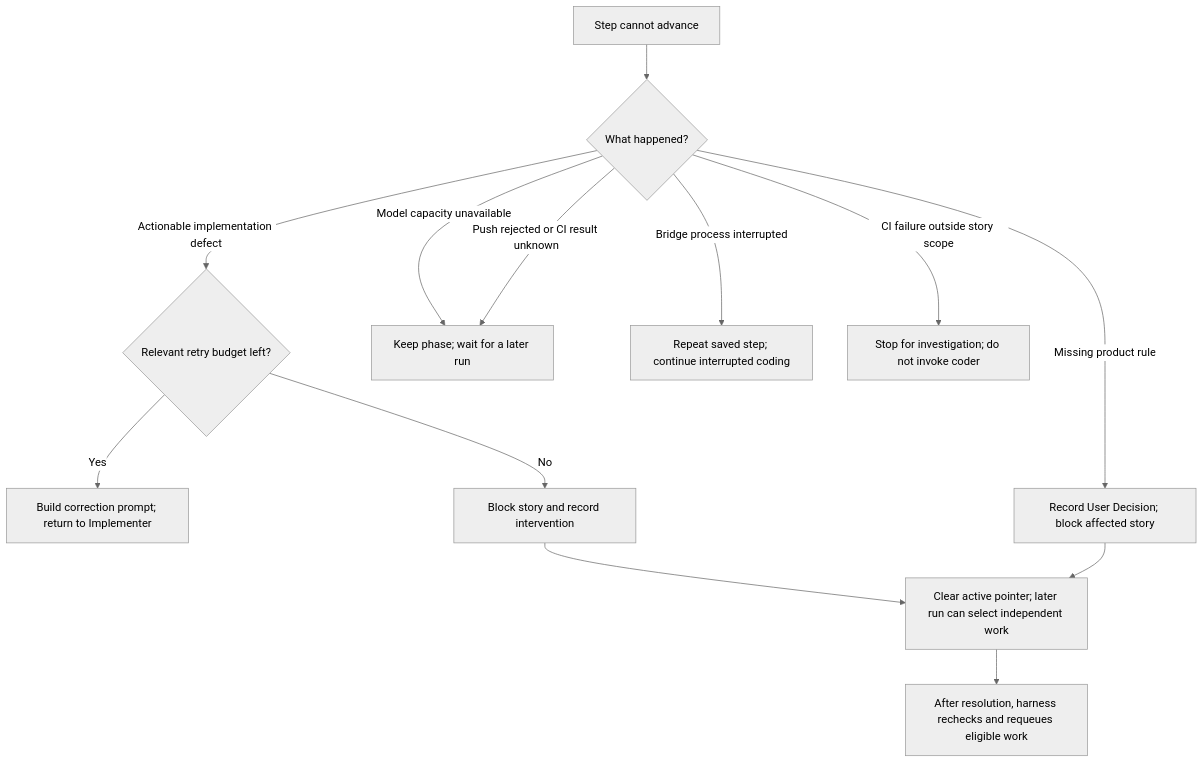
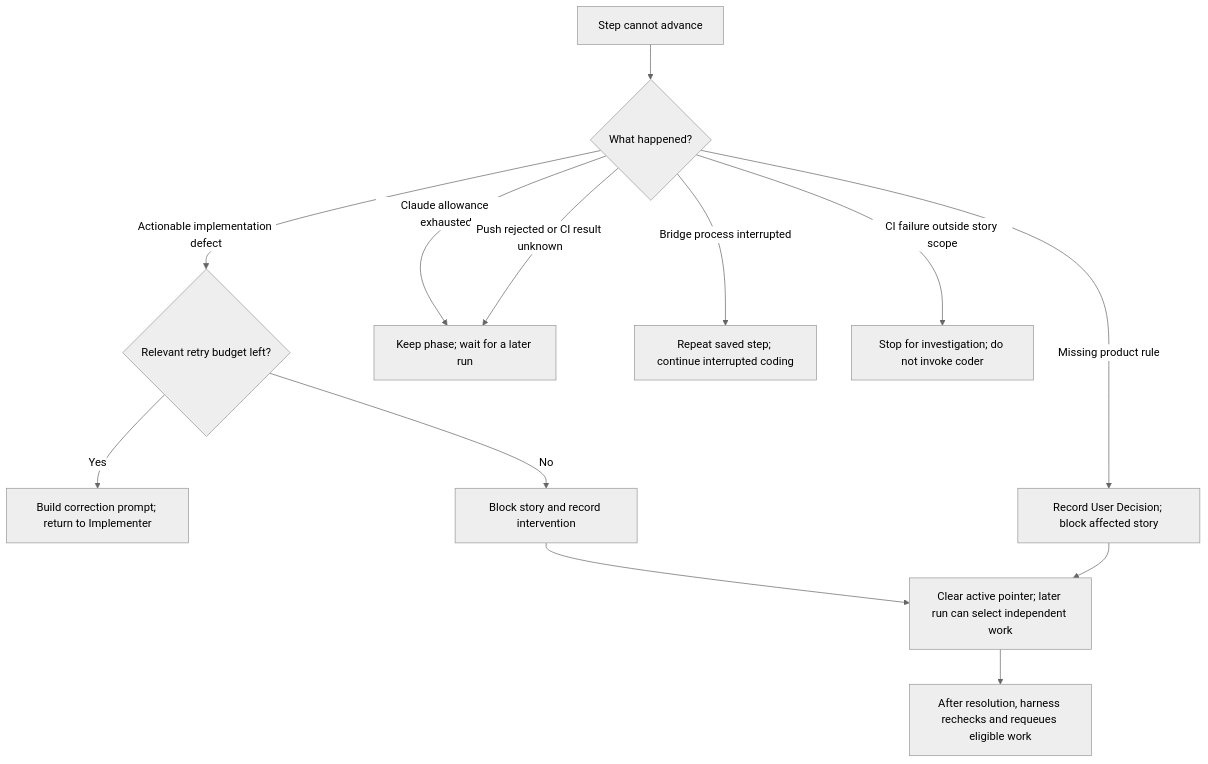
One commit to Nebettadjsr/GW2 changed the fourth of 5 diagrams in agent/docs/WORKFLOW_DIAGRAMS.md. Above: the diagram before and after it, drawn with Mermaid (neutral theme). The commit also changed other lines of this file and 5 other files, not shown here.

````diff
--- a/agent/docs/WORKFLOW_DIAGRAMS.md
+++ b/agent/docs/WORKFLOW_DIAGRAMS.md
@@ -58,15 +82,15 @@
 ```mermaid
 flowchart TB
     F[Step cannot advance] --> TYPE{What happened?}
     TYPE -->|Actionable implementation defect| LIMIT{Relevant retry budget left?}
     LIMIT -->|Yes| FIX[Build correction prompt; return to Implementer]
     LIMIT -->|No| BLOCK[Block story and record intervention]
     TYPE -->|Missing product rule| UD[Record User Decision; block affected story]
-    TYPE -->|Model capacity unavailable| KEEP[Keep phase; wait for a later run]
+    TYPE -->|Claude allowance exhausted| KEEP[Keep phase; wait for a later run]
     TYPE -->|Bridge process interrupted| AGAIN[Repeat saved step; continue interrupted coding]
     TYPE -->|Push rejected or CI result unknown| KEEP
     TYPE -->|CI failure outside story scope| STOP[Stop for investigation; do not invoke coder]
     BLOCK --> CLEAR[Clear active pointer; later run can select independent work]
     UD --> CLEAR
     CLEAR --> ANSWER[After resolution, harness rechecks and requeues eligible work]
 ```
````
